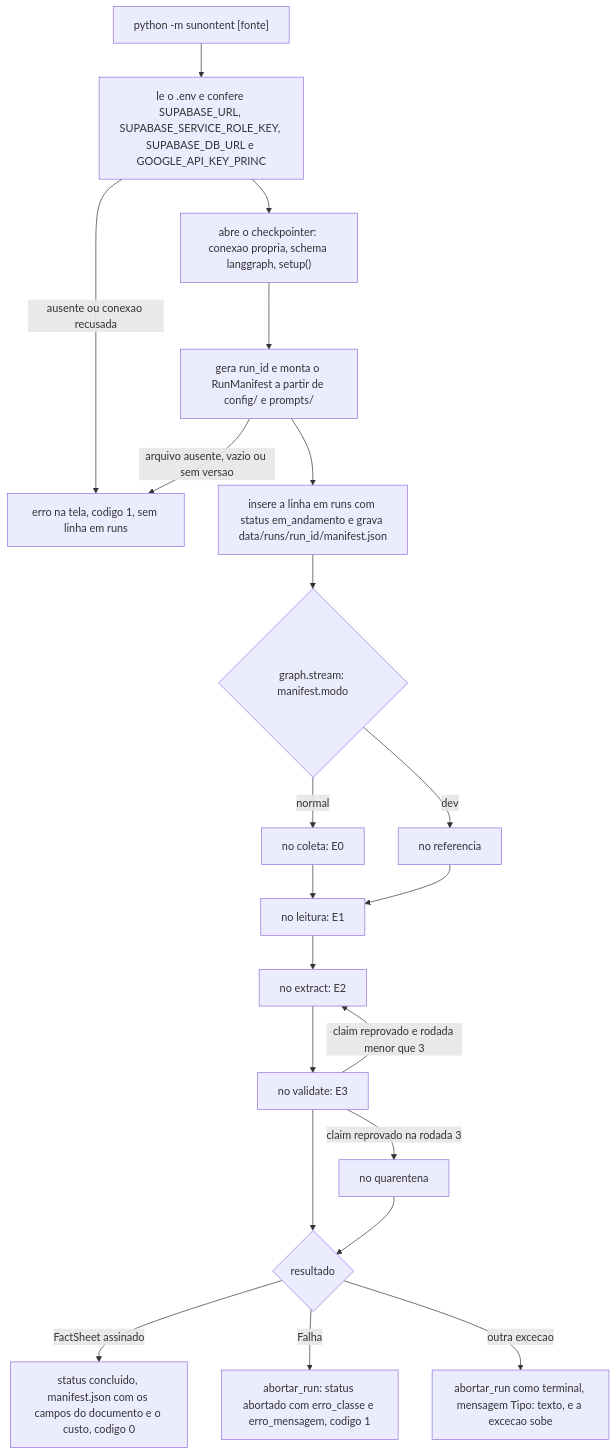
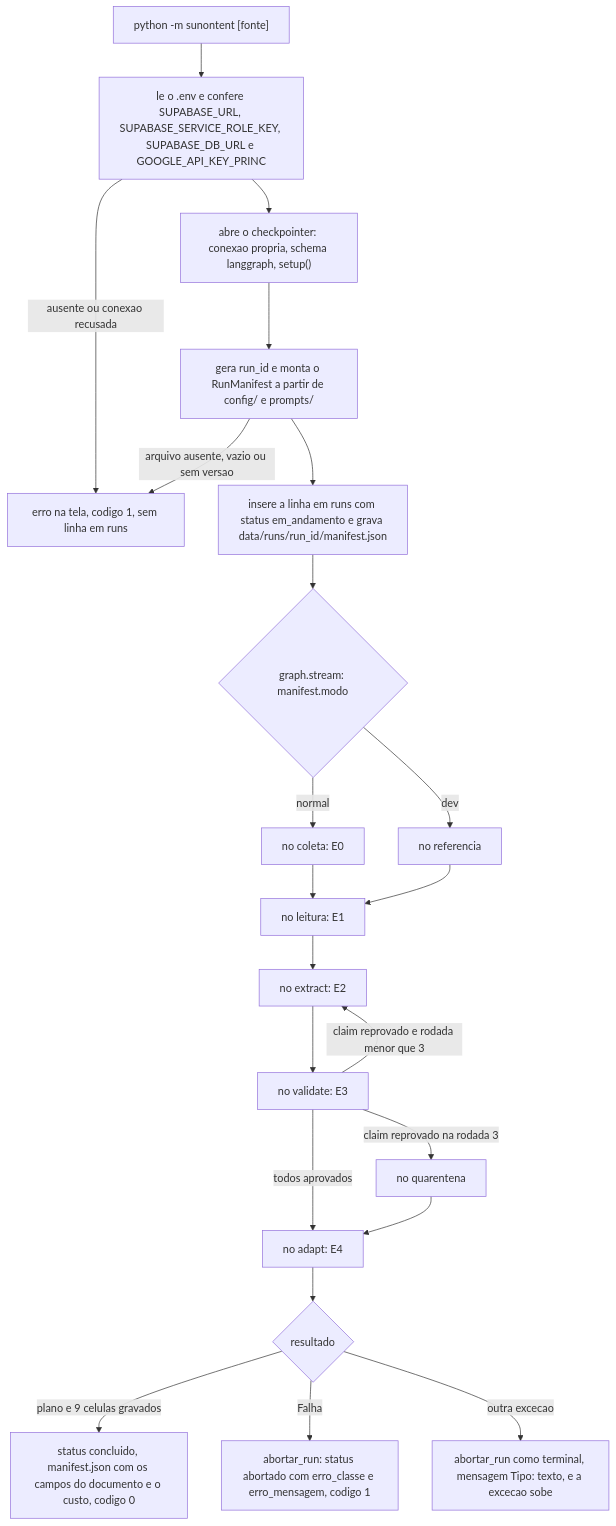
Before and after one commit to lcordeirokopke/Sunointent: the diagram in docs/execucao.md, drawn with Mermaid. The commit also changed other lines of this file and 42 other files, not shown here.

````diff
--- a/docs/execucao.md
+++ b/docs/execucao.md
@@ -19,23 +19,24 @@
 ```mermaid
 flowchart TD
     CLI["python -m sunontent [fonte]"] --> ENV["le o .env e confere SUPABASE_URL, SUPABASE_SERVICE_ROLE_KEY, SUPABASE_DB_URL e GOOGLE_API_KEY_PRINC"]
     ENV -->|"ausente ou conexao recusada"| PARA["erro na tela, codigo 1, sem linha em runs"]
     ENV --> CK["abre o checkpointer: conexao propria, schema langgraph, setup()"]
     CK --> MAN["gera run_id e monta o RunManifest a partir de config/ e prompts/"]
     MAN -->|"arquivo ausente, vazio ou sem versao"| PARA
     MAN --> RUN["insere a linha em runs com status em_andamento e grava data/runs/run_id/manifest.json"]
     RUN --> G{"graph.stream: manifest.modo"}
     G -->|"normal"| E0["no coleta: E0"]
     G -->|"dev"| REF["no referencia"]
     E0 --> E1["no leitura: E1"]
     REF --> E1
     E1 --> E2["no extract: E2"]
     E2 --> E3["no validate: E3"]
     E3 -->|"claim reprovado e rodada menor que 3"| E2
     E3 -->|"claim reprovado na rodada 3"| QUA["no quarentena"]
-    E3 --> FIM{"resultado"}
-    QUA --> FIM
-    FIM -->|"FactSheet assinado"| OK["status concluido, manifest.json com os campos do documento e o custo, codigo 0"]
+    E3 -->|"todos aprovados"| E4["no adapt: E4"]
+    QUA --> E4
+    E4 --> FIM{"resultado"}
+    FIM -->|"plano e 9 celulas gravados"| OK["status concluido, manifest.json com os campos do documento e o custo, codigo 0"]
     FIM -->|"Falha"| AB["abortar_run: status abortado com erro_classe e erro_mensagem, codigo 1"]
     FIM -->|"outra excecao"| AB2["abortar_run como terminal, mensagem Tipo: texto, e a excecao sobe"]
 ```
````
